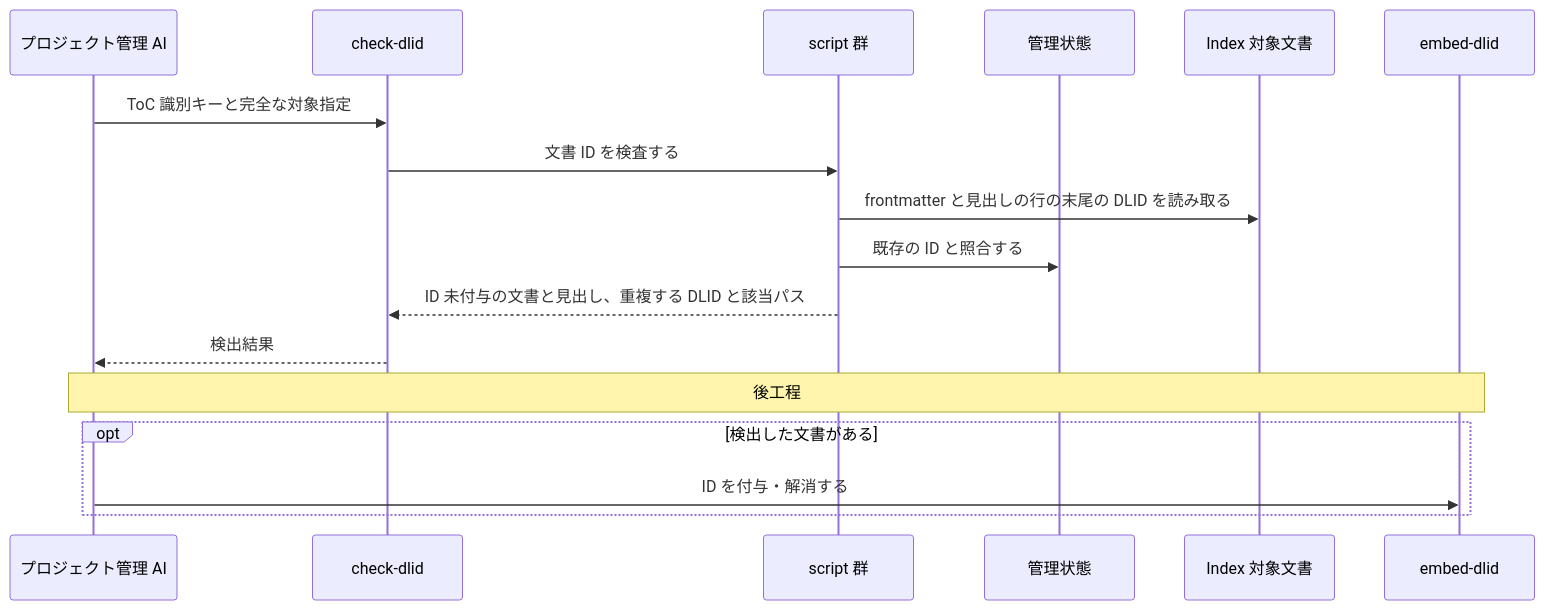
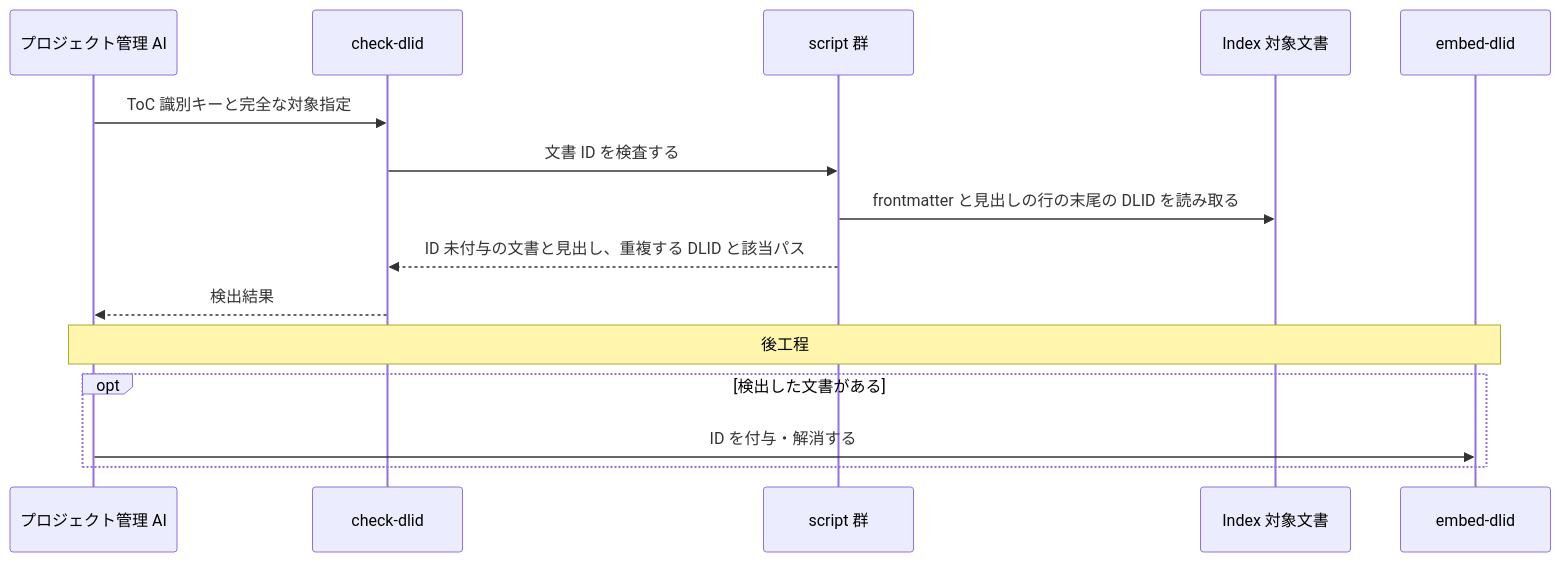
One commit to BlueEventHorizon/doc-link changed the fifth of 9 diagrams in docs/specs/design/DES-010_skill-composition.md. Above: the diagram before and after it, drawn with Mermaid. The commit also changed other lines of this file and 14 other files, not shown here.

````diff
--- a/docs/specs/design/DES-010_skill-composition.md
+++ b/docs/specs/design/DES-010_skill-composition.md
@@ -254,20 +261,18 @@
 ```mermaid
 sequenceDiagram
     participant PM as プロジェクト管理 AI
     participant Skill as check-dlid
     participant Scripts as script 群
-    participant State as 管理状態
     participant Docs as Index 対象文書
     participant Embed as embed-dlid
 
     PM->>Skill: ToC 識別キーと完全な対象指定
     Skill->>Scripts: 文書 ID を検査する
     Scripts->>Docs: frontmatter と見出しの行の末尾の DLID を読み取る
-    Scripts->>State: 既存の ID と照合する
     Scripts-->>Skill: ID 未付与の文書と見出し、重複する DLID と該当パス
     Skill-->>PM: 検出結果
     Note over PM,Embed: 後工程
     opt 検出した文書がある
         PM->>Embed: ID を付与・解消する
     end
 ```
````
